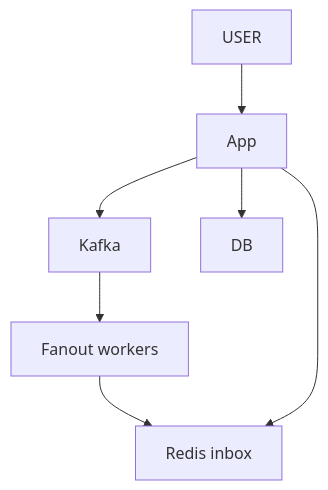
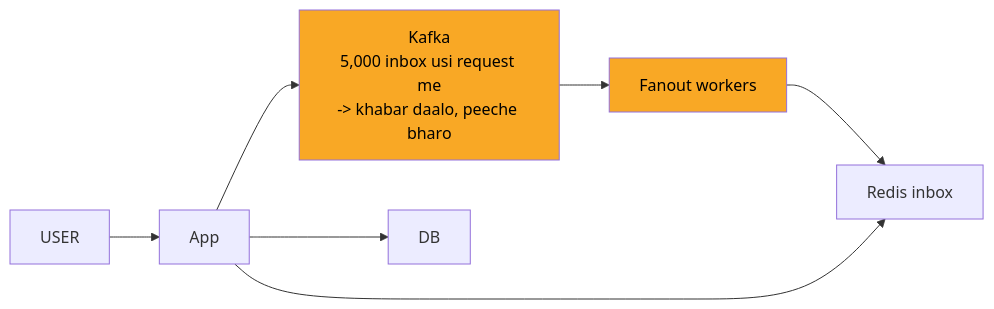
The third of 12 diagrams in 04_HLD/SYSTEM_DESIGNS/03_twitter_feed/03_twitter_feed.md (ArpanMaheshwari144/Prep), drawn with Mermaid before and after one commit. The commit also changed other lines of this file and 2 other files, not shown here.

Commit message:
url shortener, rate limiter, twitter: one-day story, short cards, follow-ups with rules, highlighted diagrams

````diff
--- a/04_HLD/SYSTEM_DESIGNS/03_twitter_feed/03_twitter_feed.md
+++ b/04_HLD/SYSTEM_DESIGNS/03_twitter_feed/03_twitter_feed.md
@@ -118,15 +134,17 @@
 ```mermaid
-flowchart TD
+flowchart LR
     n_USER["USER"]
     n_App["App"]
-    n_Kafka["Kafka"]
+    n_Kafka["Kafka<br/>5,000 inbox usi request me<br/>-> khabar daalo, peeche bharo"]
     n_Fanout_workers["Fanout workers"]
     n_Redis_inbox["Redis inbox"]
     n_DB["DB"]
     n_USER --> n_App
     n_App --> n_Kafka
     n_App --> n_DB
     n_Kafka --> n_Fanout_workers
     n_Fanout_workers --> n_Redis_inbox
     n_App --> n_Redis_inbox
+    style n_Kafka fill:#f9a825,color:#000
+    style n_Fanout_workers fill:#f9a825,color:#000
 ```
````
